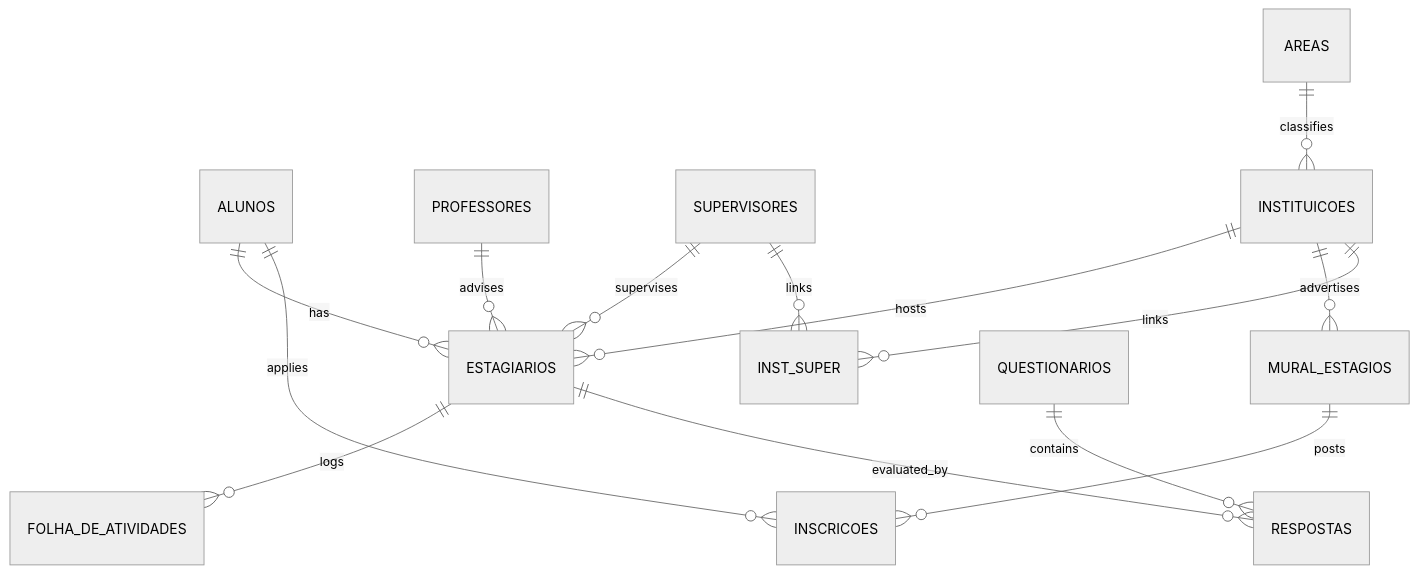
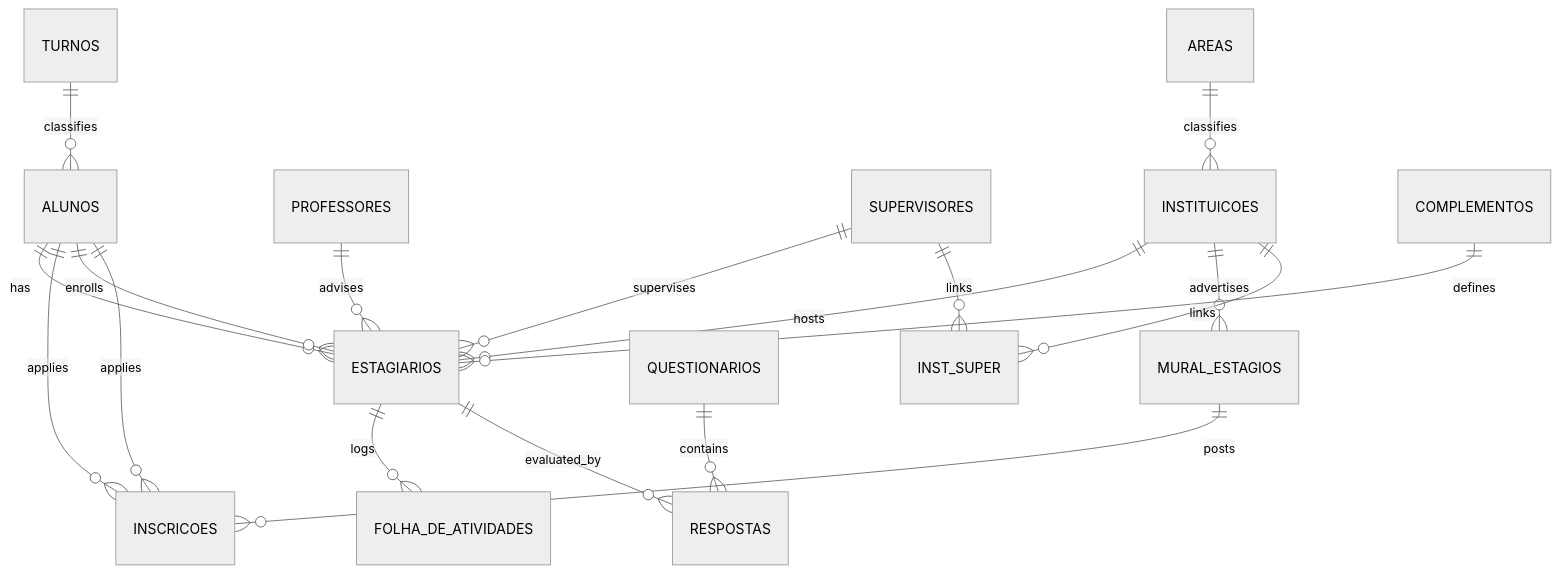
One commit to luiseduacosta/nodemural changed the third of 5 diagrams in .qoder/repowiki/en/content/Data Models & Database Design/Data Models & Database Design.md. Above: the diagram before and after it, drawn with Mermaid (neutral theme). The commit also changed other lines of this file and 30 other files, not shown here.

Commit message:
Update tables schema.

````diff
--- a/.qoder/repowiki/en/content/Data Models & Database Design/Data Models & Database Design.md
+++ b/.qoder/repowiki/en/content/Data Models & Database Design/Data Models & Database Design.md
@@ -250,16 +271,20 @@
 ```mermaid
 erDiagram
 ALUNOS ||--o{ ESTAGIARIOS : "has"
 ALUNOS ||--o{ INSCRICOES : "applies"
 PROFESSORES ||--o{ ESTAGIARIOS : "advises"
 SUPERVISORES ||--o{ ESTAGIARIOS : "supervises"
 INSTITUICOES ||--o{ ESTAGIARIOS : "hosts"
 INSTITUICOES ||--o{ MURAL_ESTAGIOS : "advertises"
 AREAS ||--o{ INSTITUICOES : "classifies"
 MURAL_ESTAGIOS ||--o{ INSCRICOES : "posts"
 INSTITUICOES ||--o{ INST_SUPER : "links"
 SUPERVISORES ||--o{ INST_SUPER : "links"
+ALUNOS ||--o{ ESTAGIARIOS : "enrolls"
+ALUNOS ||--o{ INSCRICOES : "applies"
 ESTAGIARIOS ||--o{ FOLHA_DE_ATIVIDADES : "logs"
 ESTAGIARIOS ||--o{ RESPOSTAS : "evaluated_by"
+COMPLEMENTOS ||--o{ ESTAGIARIOS : "defines"
 QUESTIONARIOS ||--o{ RESPOSTAS : "contains"
+TURNOS ||--o{ ALUNOS : "classifies"
 ```
````
